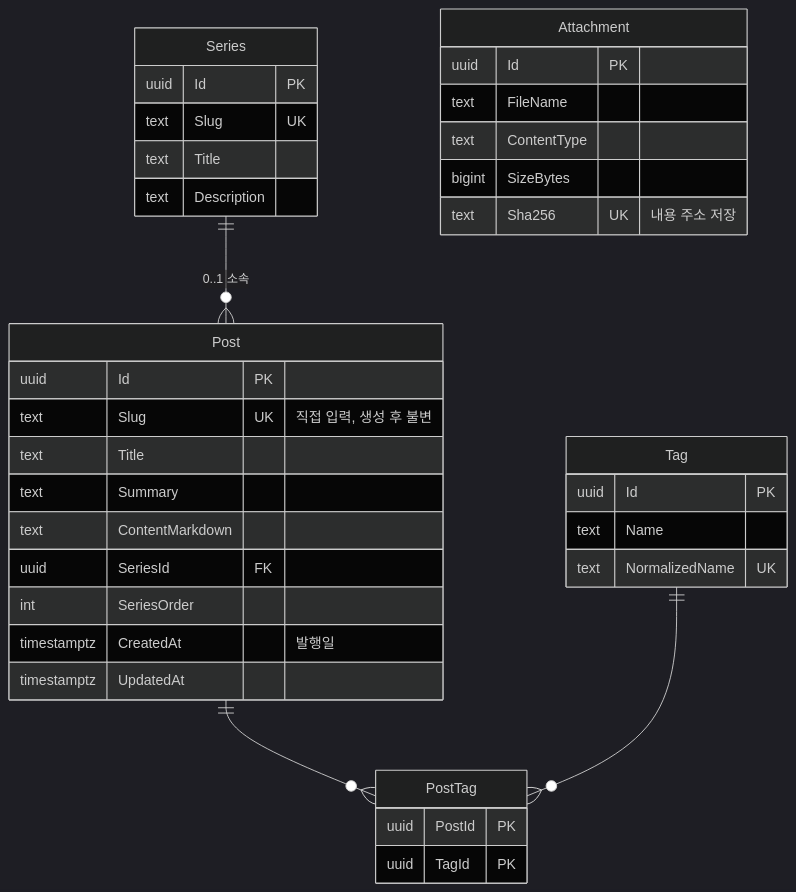
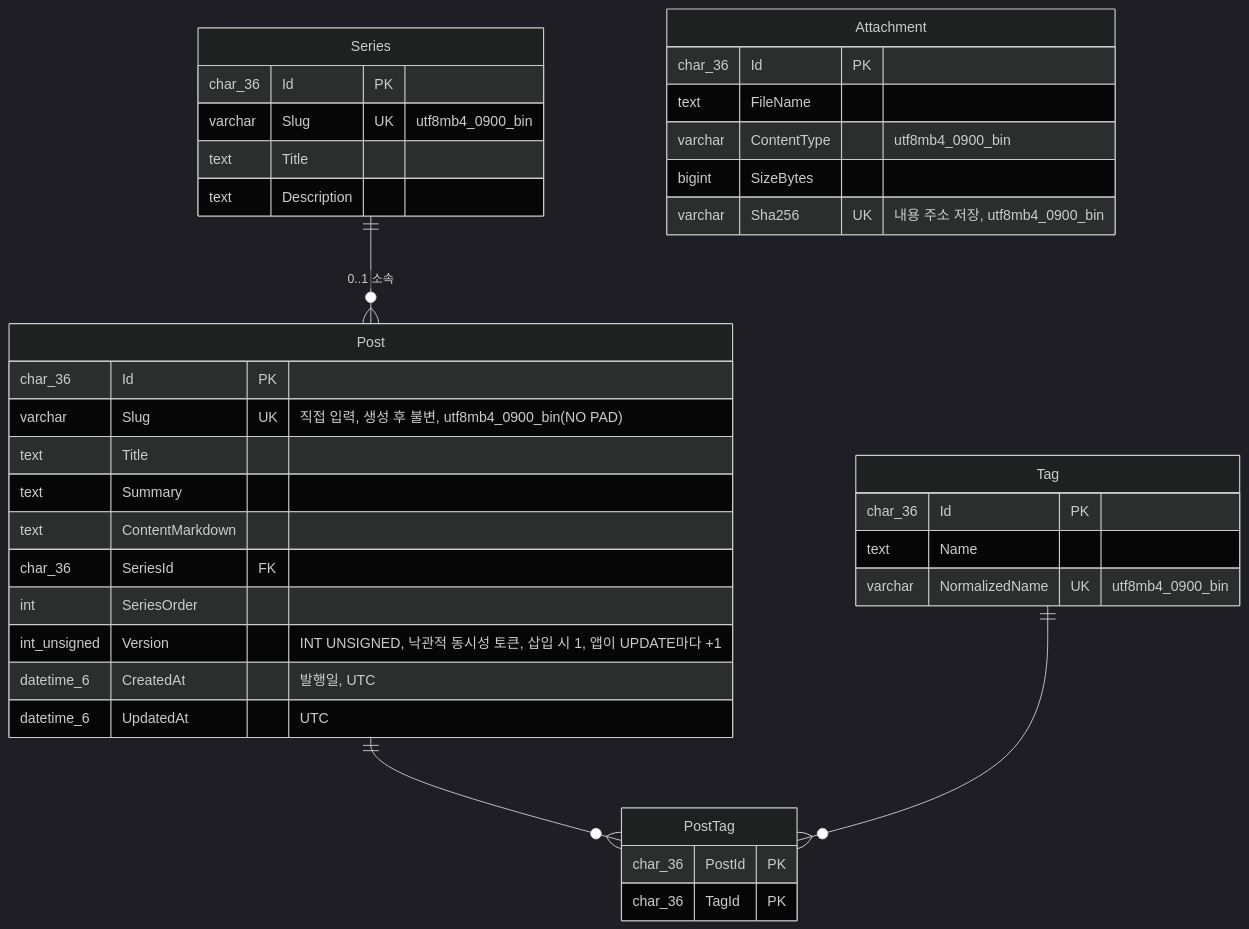
Before and after one commit to BerryBless/WebProject: the fifth of 5 diagrams in docs/architecture.md, drawn with Mermaid (dark theme). The commit also changed other lines of this file and 121 other files, not shown here.

````diff
--- a/docs/architecture.md
+++ b/docs/architecture.md
@@ -163,39 +163,40 @@
 ```mermaid
 erDiagram
     Series ||--o{ Post : "0..1 소속"
     Post ||--o{ PostTag : ""
     Tag ||--o{ PostTag : ""
     Post {
-        uuid Id PK
-        text Slug UK "직접 입력, 생성 후 불변"
+        char_36 Id PK
+        varchar Slug UK "직접 입력, 생성 후 불변, utf8mb4_0900_bin(NO PAD)"
         text Title
         text Summary
         text ContentMarkdown
-        uuid SeriesId FK
+        char_36 SeriesId FK
         int SeriesOrder
-        timestamptz CreatedAt "발행일"
-        timestamptz UpdatedAt
+        int_unsigned Version "INT UNSIGNED, 낙관적 동시성 토큰, 삽입 시 1, 앱이 UPDATE마다 +1"
+        datetime_6 CreatedAt "발행일, UTC"
+        datetime_6 UpdatedAt "UTC"
     }
     Series {
-        uuid Id PK
-        text Slug UK
+        char_36 Id PK
+        varchar Slug UK "utf8mb4_0900_bin"
         text Title
         text Description
     }
     Tag {
-        uuid Id PK
+        char_36 Id PK
         text Name
-        text NormalizedName UK
+        varchar NormalizedName UK "utf8mb4_0900_bin"
     }
     PostTag {
-        uuid PostId PK
-        uuid TagId PK
+        char_36 PostId PK
+        char_36 TagId PK
     }
     Attachment {
-        uuid Id PK
+        char_36 Id PK
         text FileName
-        text ContentType
+        varchar ContentType "utf8mb4_0900_bin"
         bigint SizeBytes
-        text Sha256 UK "내용 주소 저장"
+        varchar Sha256 UK "내용 주소 저장, utf8mb4_0900_bin"
     }
 ```
````
